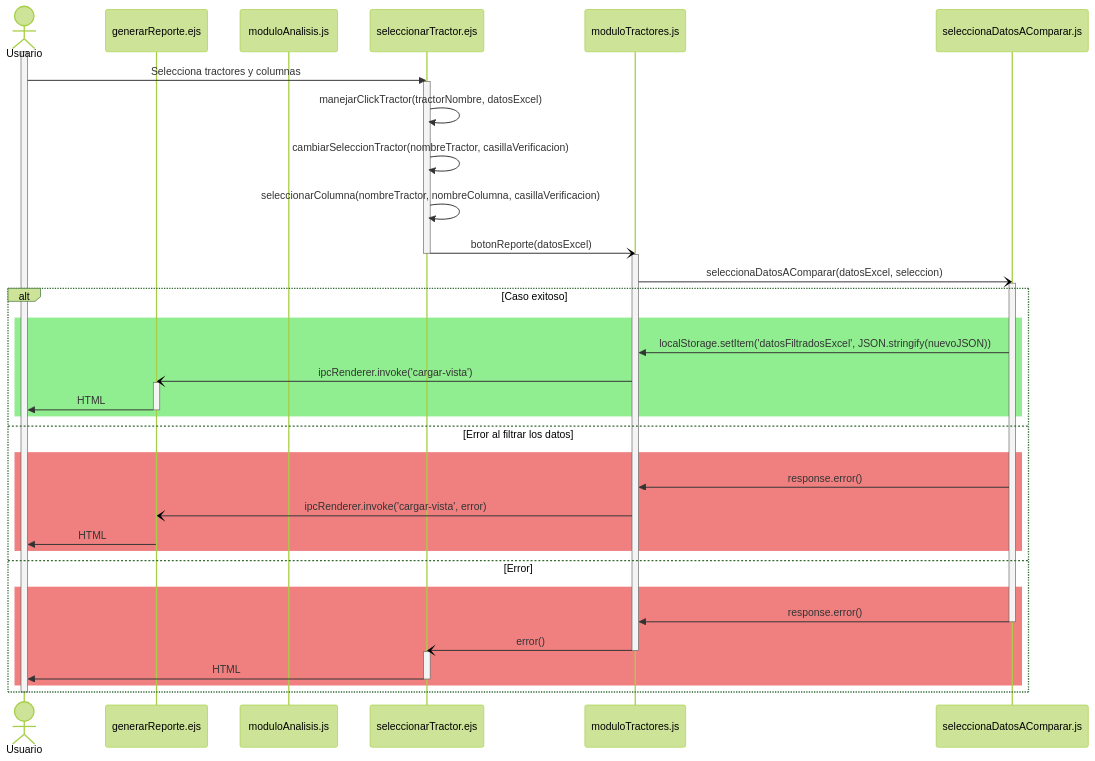
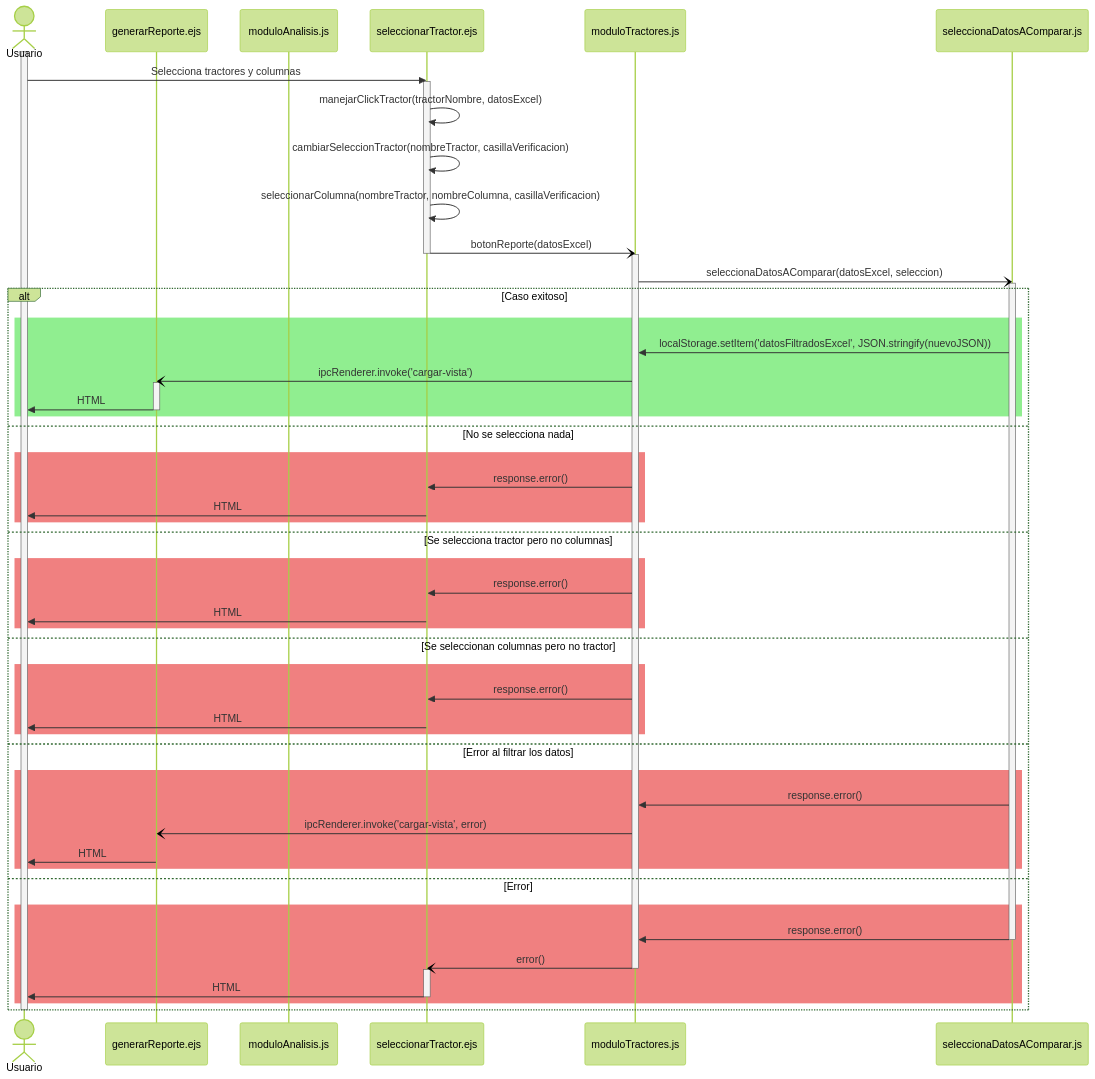
The diagram in documentation/docs/proyectos/tractores/documentacion/requisitos/RF26.md (CodeAnd-Co/Documentacion), drawn with Mermaid (forest theme) before and after one commit.

Commit message:
Agregar flujo alterno en diagrama de secuencia

````diff
--- a/documentation/docs/proyectos/tractores/documentacion/requisitos/RF26.md
+++ b/documentation/docs/proyectos/tractores/documentacion/requisitos/RF26.md
@@ -33,48 +33,63 @@
 ```mermaid
 sequenceDiagram
     actor Usuario
     participant vistaAnalisis as generarReporte.ejs
     participant utilAnalisis as moduloAnalisis.js
     participant vistaTractores as seleccionarTractor.ejs
     participant moduloTractores as moduloTractores.js
     participant usecase as seleccionaDatosAComparar.js
 
     activate Usuario
     Usuario->>vistaTractores: Selecciona tractores y columnas
     activate vistaTractores
     vistaTractores->>vistaTractores: manejarClickTractor(tractorNombre, datosExcel)
     vistaTractores->>vistaTractores: cambiarSeleccionTractor(nombreTractor, casillaVerificacion)
     vistaTractores->>vistaTractores: seleccionarColumna(nombreTractor, nombreColumna, casillaVerificacion)
     vistaTractores-)moduloTractores: botonReporte(datosExcel)
     deactivate vistaTractores
     activate moduloTractores
     moduloTractores-)usecase: seleccionaDatosAComparar(datosExcel, seleccion)
     activate usecase
     alt Caso exitoso
       rect Lightgreen    
       usecase->>moduloTractores: localStorage.setItem('datosFiltradosExcel', JSON.stringify(nuevoJSON))
       moduloTractores-)vistaAnalisis: ipcRenderer.invoke('cargar-vista')
       activate vistaAnalisis
       vistaAnalisis->>Usuario: HTML
       deactivate vistaAnalisis
       end
+    else No se selecciona nada
+      rect Lightcoral
+      moduloTractores->>vistaTractores: response.error()
+      vistaTractores->>Usuario: HTML
+      end
+    else Se selecciona tractor pero no columnas
+      rect Lightcoral
+      moduloTractores->>vistaTractores: response.error()
+      vistaTractores->>Usuario: HTML
+      end
+    else Se seleccionan columnas pero no tractor
+      rect Lightcoral
+      moduloTractores->>vistaTractores: response.error()
+      vistaTractores->>Usuario: HTML
+      end
     else Error al filtrar los datos
       rect Lightcoral
       usecase->>moduloTractores: response.error()
       moduloTractores-)vistaAnalisis: ipcRenderer.invoke('cargar-vista', error)
       vistaAnalisis->>Usuario: HTML
       end
     else Error
       rect Lightcoral
       usecase->>moduloTractores: response.error()
       deactivate usecase
       moduloTractores-)vistaTractores: error()
       deactivate moduloTractores
       activate vistaTractores
       vistaTractores->>Usuario: HTML
       deactivate vistaTractores
       end
     end
     deactivate Usuario
     
 ```
````
